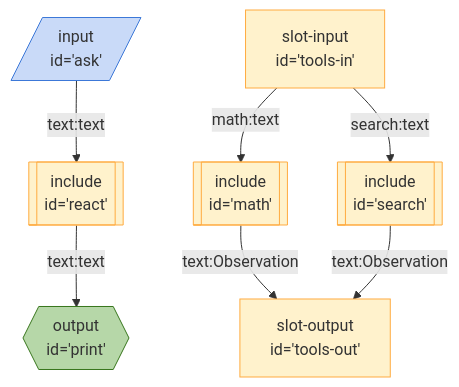
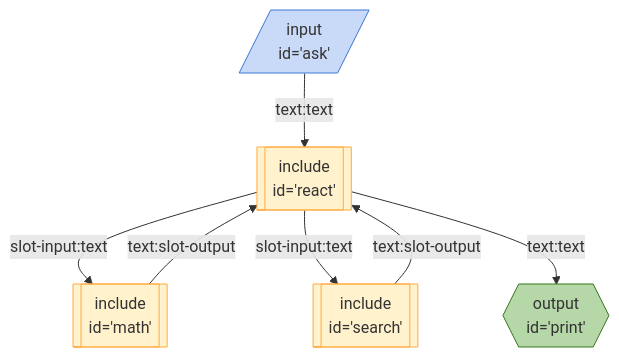
One commit to breadboard-ai/breadboard changed the diagram in seeds/graph-playground/docs/graphs/call-react-with-slot.md. Above: the diagram before and after it, drawn with Mermaid. The commit also changed 1 other file, not shown here.

Commit message:
[graph-playground] Try a different tack with slots.

````diff
--- a/seeds/graph-playground/docs/graphs/call-react-with-slot.md
+++ b/seeds/graph-playground/docs/graphs/call-react-with-slot.md
@@ -4,26 +4,26 @@
 ```mermaid
 %%{init: {'theme':'default', 'themeVariables': { 'fontFamily': 'Fira Code, monospace', 'background': '#fff' }}}%%
 graph TD;
 ask[/"input
 id='ask'"/]:::input -- text:text --> react[["include
 id='react'"]]:::include
 react[["include
+id='react'"]]:::include -- slot-input:text --> math[["include
+id='math'"]]:::include
+react[["include
+id='react'"]]:::include -- slot-input:text --> search[["include
+id='search'"]]:::include
+search[["include
+id='search'"]]:::include -- text:slot-output --> react[["include
+id='react'"]]:::include
+math[["include
+id='math'"]]:::include -- text:slot-output --> react[["include
+id='react'"]]:::include
+react[["include
 id='react'"]]:::include -- text:text --> print{{"output
 id='print'"}}:::output
-tools-in["slot-input
-id='tools-in'"] -- search:text --> search[["include
-id='search'"]]:::include
-tools-in["slot-input
-id='tools-in'"] -- math:text --> math[["include
-id='math'"]]:::include
-math[["include
-id='math'"]]:::include -- text:Observation --> tools-out["slot-output
-id='tools-out'"]
-search[["include
-id='search'"]]:::include -- text:Observation --> tools-out["slot-output
-id='tools-out'"]
 classDef default stroke:#ffab40,fill:#fff2ccff
 classDef input stroke:#3c78d8,fill:#c9daf8ff
 classDef output stroke:#38761d,fill:#b6d7a8ff
 classDef passthrough stroke:#a64d79,fill:#ead1dcff
 ```
````
